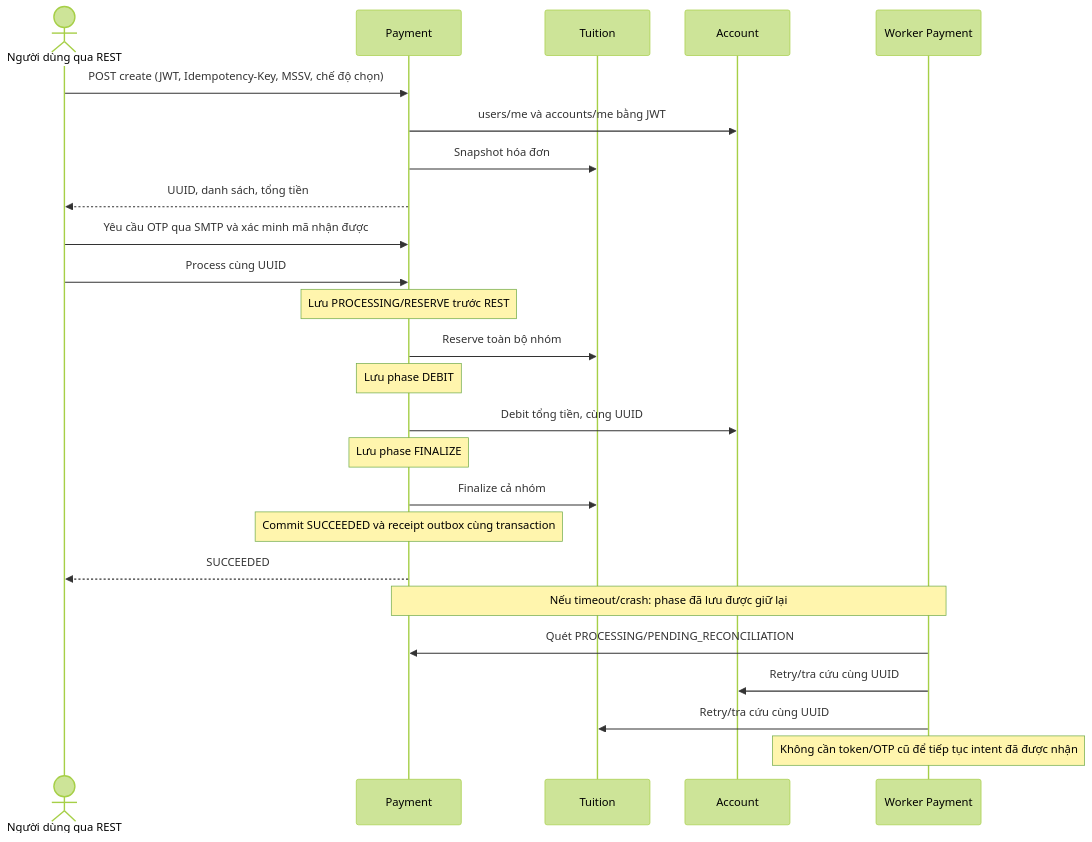
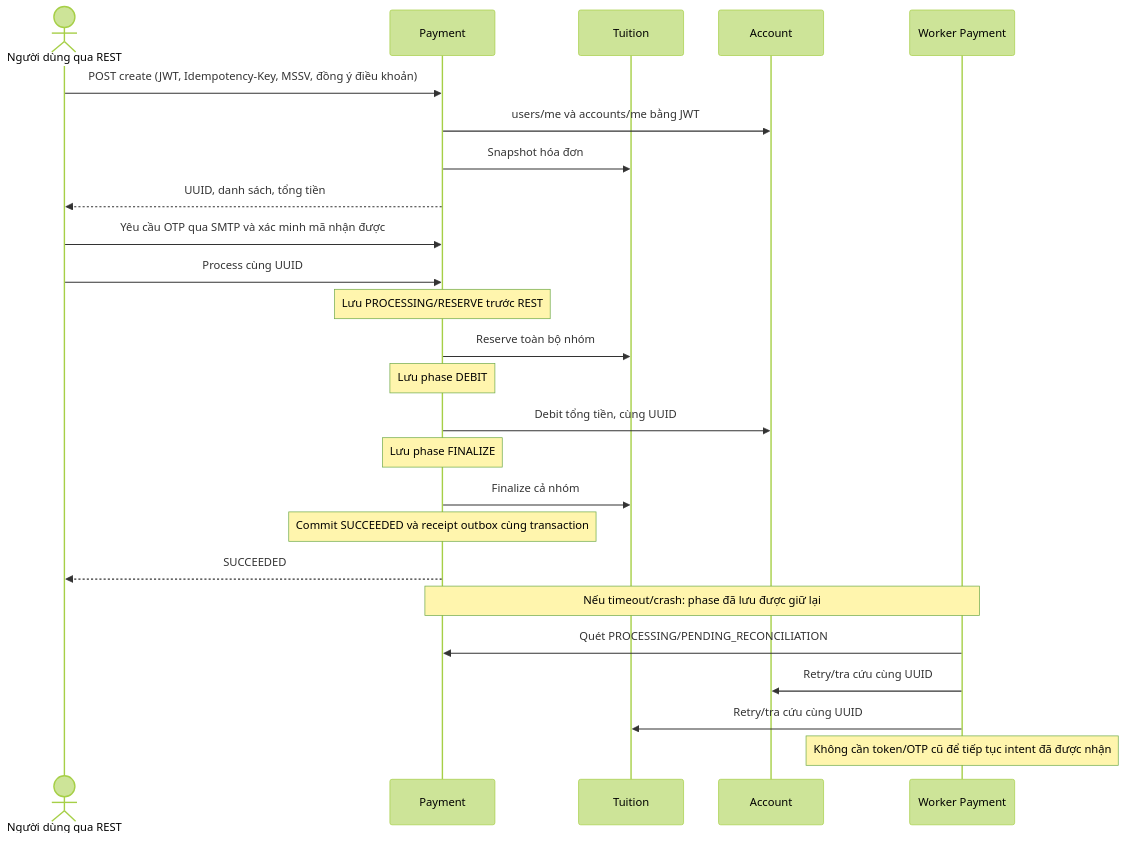
The third of 3 diagrams in docs/architecture.md (micrsh1608/Ibanking-System), drawn with Mermaid (forest theme) before and after one commit. The commit also changed other lines of this file and 145 other files, not shown here.

````diff
--- a/docs/architecture.md
+++ b/docs/architecture.md
@@ -193,27 +212,27 @@
 ```mermaid
 sequenceDiagram
     actor U as Người dùng qua REST
     participant P as Payment
     participant T as Tuition
     participant A as Account
     participant W as Worker Payment
-    U->>P: POST create (JWT, Idempotency-Key, MSSV, chế độ chọn)
+    U->>P: POST create (JWT, Idempotency-Key, MSSV, đồng ý điều khoản)
     P->>A: users/me và accounts/me bằng JWT
     P->>T: Snapshot hóa đơn
     P-->>U: UUID, danh sách, tổng tiền
     U->>P: Yêu cầu OTP qua SMTP và xác minh mã nhận được
     U->>P: Process cùng UUID
     Note over P: Lưu PROCESSING/RESERVE trước REST
     P->>T: Reserve toàn bộ nhóm
     Note over P: Lưu phase DEBIT
     P->>A: Debit tổng tiền, cùng UUID
     Note over P: Lưu phase FINALIZE
     P->>T: Finalize cả nhóm
     Note over P: Commit SUCCEEDED và receipt outbox cùng transaction
     P-->>U: SUCCEEDED
     Note over P,W: Nếu timeout/crash: phase đã lưu được giữ lại
     W->>P: Quét PROCESSING/PENDING_RECONCILIATION
     W->>A: Retry/tra cứu cùng UUID
     W->>T: Retry/tra cứu cùng UUID
     Note over W: Không cần token/OTP cũ để tiếp tục intent đã được nhận
 ```
````
